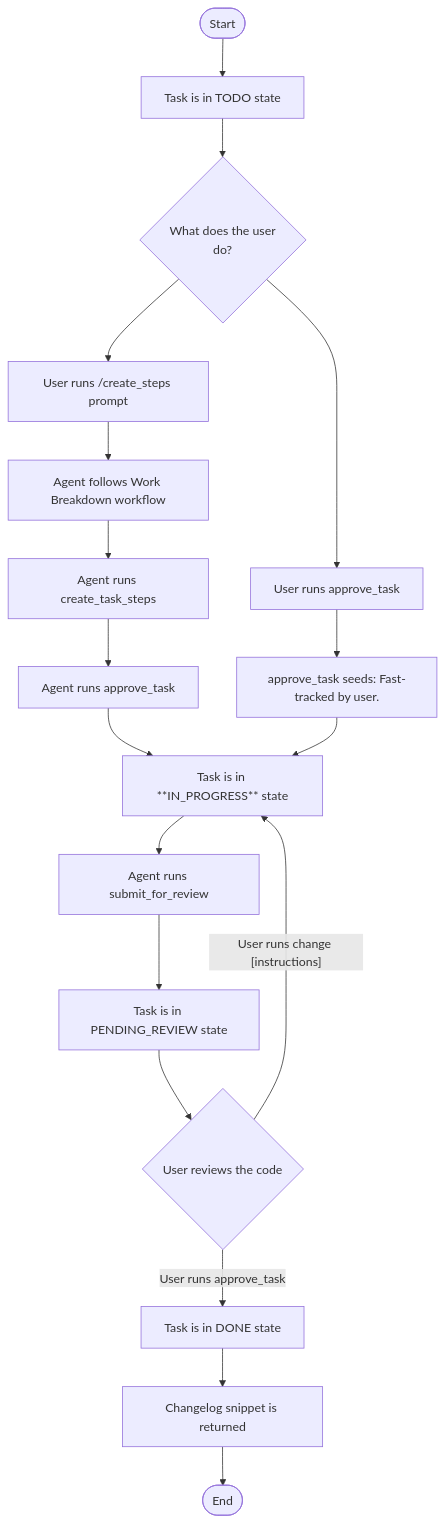
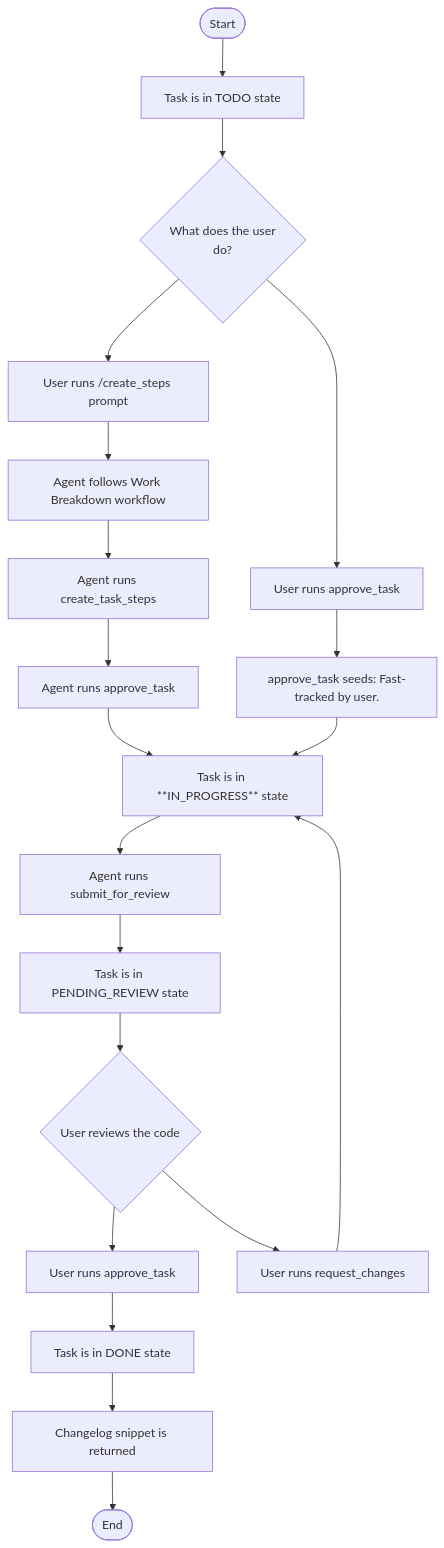
Before and after one commit to sgrade/plan-manager: the third of 3 diagrams in docs/project_workflow.md, drawn with Mermaid. The commit also changed other lines of this file and 5 other files, not shown here.

Commit message:
refactor: formal way to request changes in task execution workflow

````diff
--- a/docs/project_workflow.md
+++ b/docs/project_workflow.md
@@ -69,26 +69,26 @@
 ```mermaid
 graph TD
     A([Start]) --> B[Task is in TODO state];
     B --> C{What does the user<br/>do?};
     
     C --> D[User runs /create_steps prompt];
     C --> H[User runs approve_task] --> I[approve_task seeds: Fast-tracked by user.];
     D --> E["Agent follows Work Breakdown workflow"];
     E --> F["Agent runs create_task_steps"];
     F --> G["Agent runs approve_task"];
         
     
     G --> J[Task is in **IN_PROGRESS** state];
     I --> J;
     
     J --> K["Agent runs submit_for_review"];
     K --> L[Task is in PENDING_REVIEW state];
     
     L --> M{User reviews the code};
-    M -- User runs approve_task --> N[Task is in DONE state];
-    M -- User runs change [instructions] --> J;
+    M --> Q[User runs approve_task] --> N[Task is in DONE state];
+    M --> P[User runs request_changes] --> J;
     
     N --> N2["Changelog snippet is returned"];
     N2 --> O([End]);
 
 ```
````
